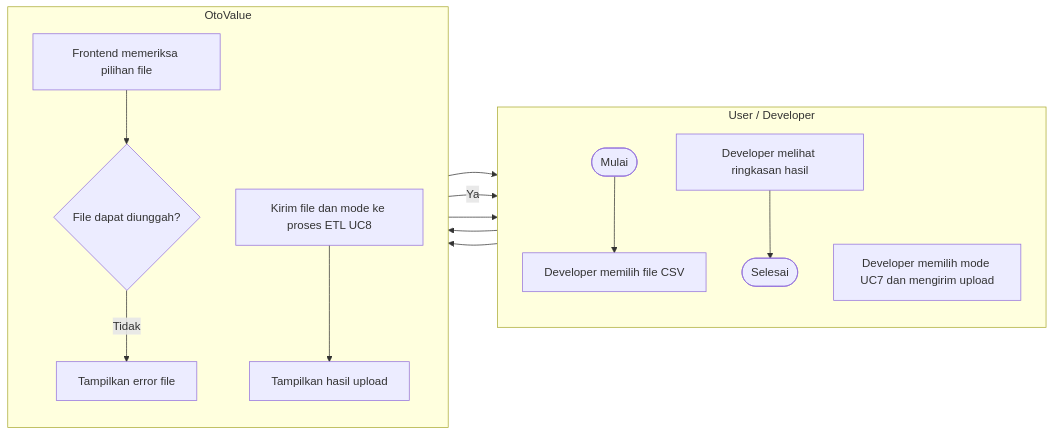
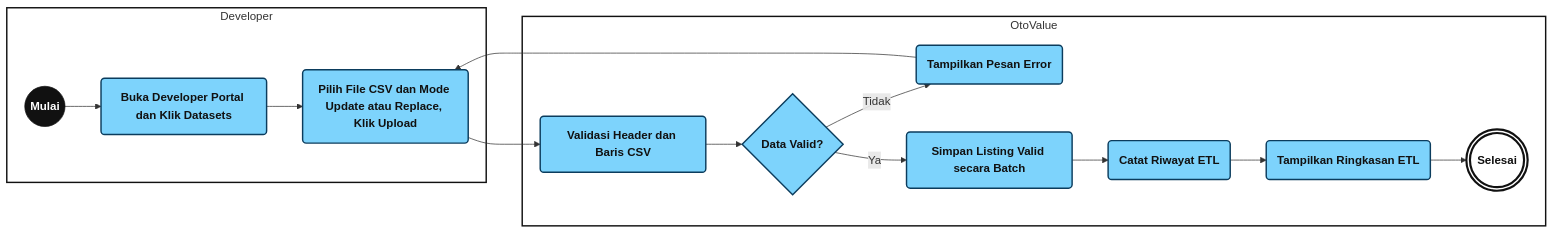
Diagram 11 of 18 in README.md (RistoKuy/XAI_Car_CP), drawn with Mermaid before and after one commit. The commit also changed other lines of this file and 26 other files, not shown here.

````diff
--- a/README.md
+++ b/README.md
@@ -1108,21 +1046,25 @@
 ```mermaid
 flowchart LR
-    subgraph Actor["User / Developer"]
-        direction TB
-        A0([Mulai]) --> A1[Developer memilih file CSV]
-        A2[Developer memilih mode UC7 dan mengirim upload]
-        A3[Developer melihat ringkasan hasil]
-        A4([Selesai])
+    subgraph ACT["Developer"]
+        A0((Mulai)):::start
+        A1(Buka Developer Portal dan Klik Datasets):::step
+        A2(Pilih File CSV dan Mode Update atau Replace, Klik Upload):::step
     end
-    subgraph OtoValue["OtoValue"]
-        direction TB
-        S1[Frontend memeriksa pilihan file]
-        S2{File dapat diunggah?}
-        S3[Tampilkan error file]
-        S4[Kirim file dan mode ke proses ETL UC8]
-        S5[Tampilkan hasil upload]
+    subgraph SYS["OtoValue"]
+        S1(Validasi Header dan Baris CSV):::step
+        D{Data Valid?}:::step
+        S2(Tampilkan Pesan Error):::step
+        S3(Simpan Listing Valid secara Batch):::step
+        S4(Catat Riwayat ETL):::step
+        S5(Tampilkan Ringkasan ETL):::step
+        E(((Selesai))):::stop
     end
-    A1 --> S1 --> S2
-    S2 -- Tidak --> S3 --> A1
-    S2 -- Ya --> A2 --> S4 --> S5 --> A3 --> A4
+    A0 --> A1 --> A2 --> S1 --> D
+    D -- Tidak --> S2 --> A2
+    D -- Ya --> S3 --> S4 --> S5 --> E
+    classDef step fill:#7DD3FC,stroke:#0B3C5D,stroke-width:2px,color:#111,font-weight:bold
+    classDef start fill:#111,stroke:#111,color:#fff,font-weight:bold
+    classDef stop fill:#fff,stroke:#111,stroke-width:3px,color:#111,font-weight:bold
+    style ACT fill:#fff,stroke:#111,stroke-width:2px
+    style SYS fill:#fff,stroke:#111,stroke-width:2px
 ```
````
